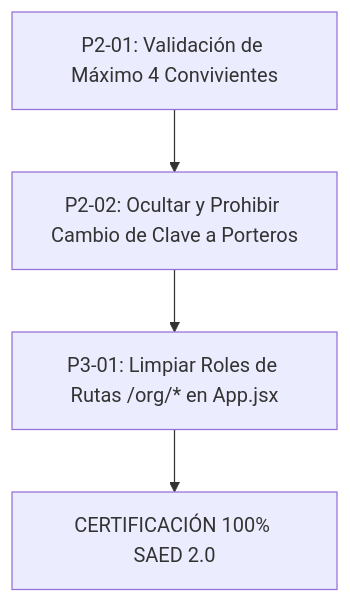
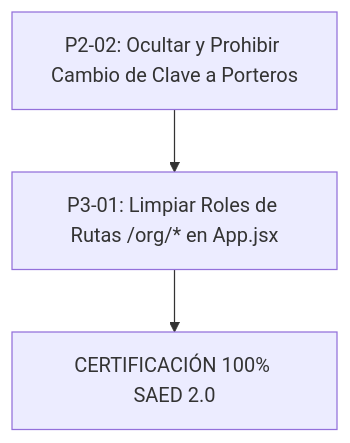
The diagram in docs/SAED_MODEL_MASTER_IMPLEMENTATION_AUDIT.md (Sebasr0311/SAED), drawn with Mermaid before and after one commit. The commit also changed other lines of this file and 18 other files, not shown here.

````diff
--- a/docs/SAED_MODEL_MASTER_IMPLEMENTATION_AUDIT.md
+++ b/docs/SAED_MODEL_MASTER_IMPLEMENTATION_AUDIT.md
@@ -217,6 +220,5 @@
 ```mermaid
 flowchart TD
-    A["P2-01: Validación de Máximo 4 Convivientes"] --> B["P2-02: Ocultar y Prohibir Cambio de Clave a Porteros"]
-    B --> C["P3-01: Limpiar Roles de Rutas /org/* en App.jsx"]
-    C --> D["CERTIFICACIÓN 100% SAED 2.0"]
+    A["P2-02: Ocultar y Prohibir Cambio de Clave a Porteros"] --> B["P3-01: Limpiar Roles de Rutas /org/* en App.jsx"]
+    B --> C["CERTIFICACIÓN 100% SAED 2.0"]
 ```
````
